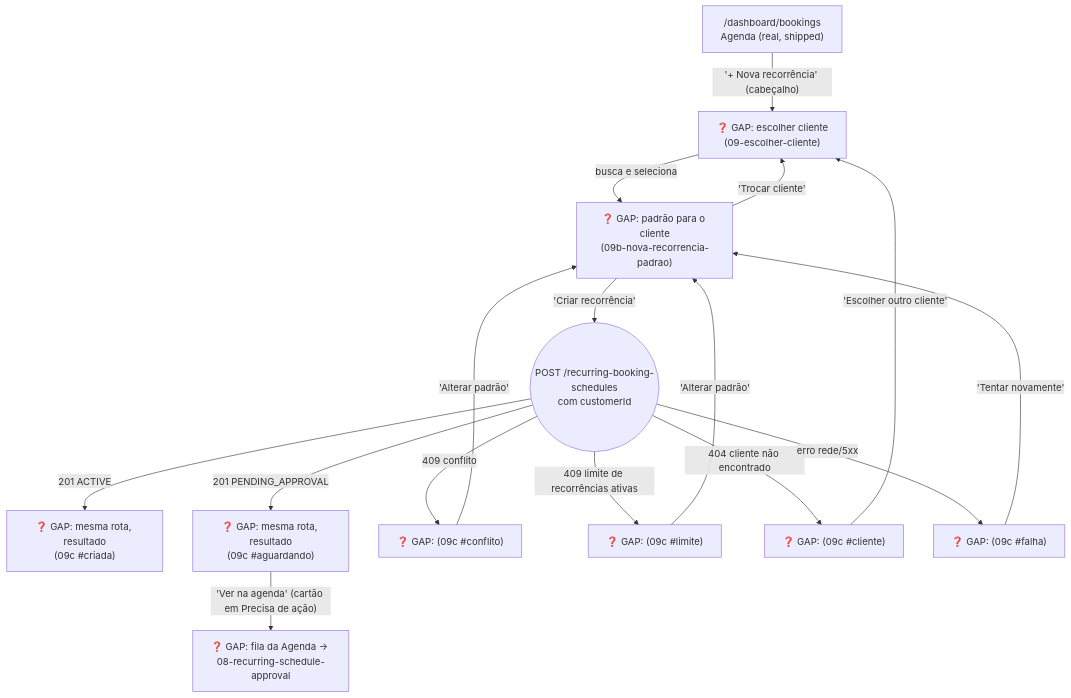
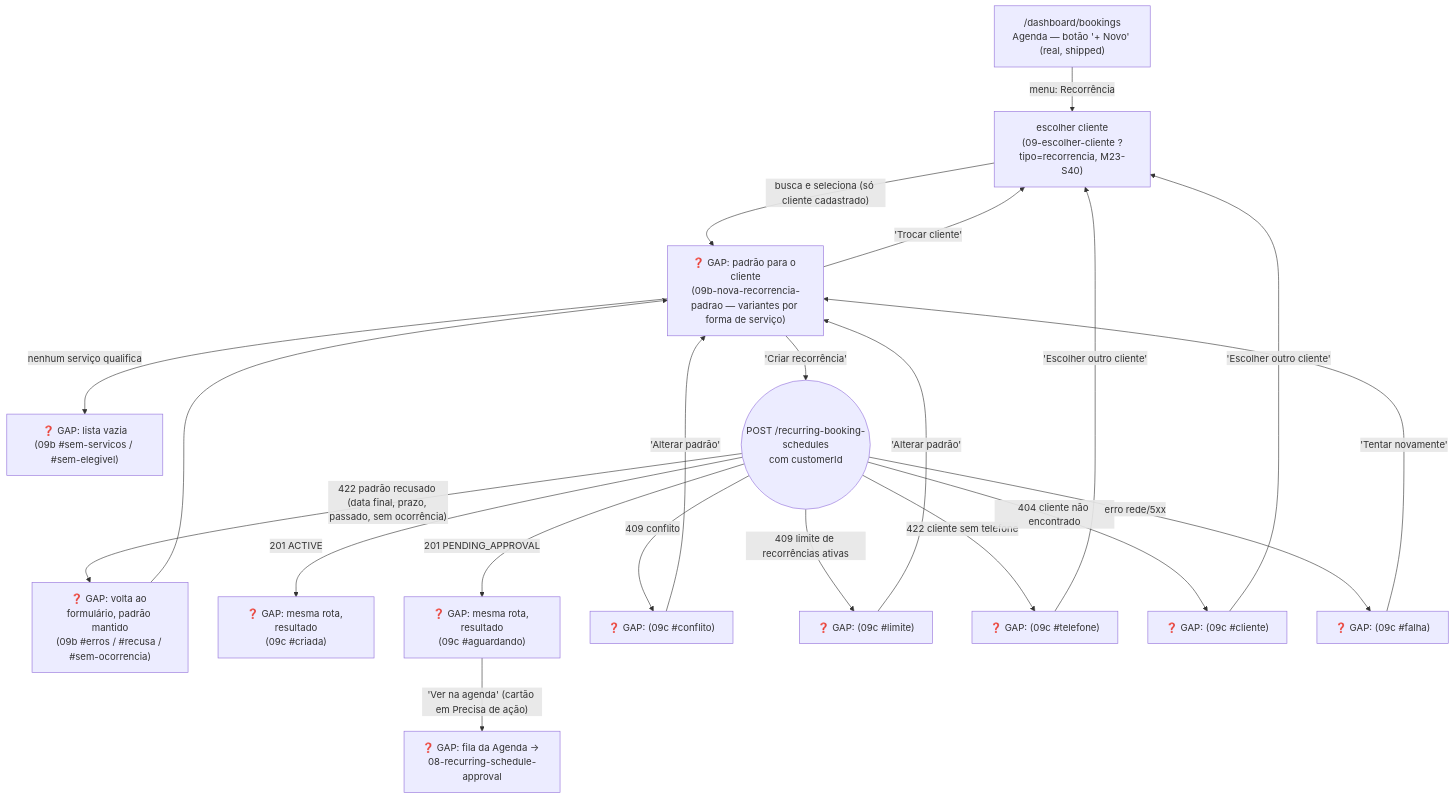
Before and after one commit to lmmoreira/ikaro: the third of 5 diagrams in plan/journey/staff/agenda.md, drawn with Mermaid. The commit also changed other lines of this file and 7 other files, not shown here.

````diff
--- a/plan/journey/staff/agenda.md
+++ b/plan/journey/staff/agenda.md
@@ -180,22 +180,27 @@
 ```mermaid
 flowchart TD
     classDef gap stroke:#f00,stroke-dasharray: 5 5,fill:#fee
 
-    Agenda["/dashboard/bookings<br/>Agenda (real, shipped)"] -->|"'+ Nova recorrência' (cabeçalho)"| Cliente["❓ GAP: escolher cliente<br/>(09-escolher-cliente)"]
-    Cliente -->|"busca e seleciona"| Padrao["❓ GAP: padrão para o cliente<br/>(09b-nova-recorrencia-padrao)"]
+    Agenda["/dashboard/bookings<br/>Agenda — botão '+ Novo' (real, shipped)"] -->|"menu: Recorrência"| Cliente["escolher cliente<br/>(09-escolher-cliente ?tipo=recorrencia, M23-S40)"]
+    Cliente -->|"busca e seleciona (só cliente cadastrado)"| Padrao["❓ GAP: padrão para o cliente<br/>(09b-nova-recorrencia-padrao — variantes por forma de serviço)"]
+    Padrao -->|"nenhum serviço qualifica"| SemServ["❓ GAP: lista vazia<br/>(09b #sem-servicos / #sem-elegivel)"]
+    Padrao -->|"'Criar recorrência'"| Envio(("POST /recurring-booking-schedules<br/>com customerId"))
     Padrao -->|"'Trocar cliente'"| Cliente
-    Padrao -->|"'Criar recorrência'"| Envio(("POST /recurring-booking-schedules<br/>com customerId"))
 
+    Envio -->|"422 padrão recusado (data final, prazo, passado, sem ocorrência)"| Recusa["❓ GAP: volta ao formulário, padrão mantido<br/>(09b #erros / #recusa / #sem-ocorrencia)"]
+    Recusa --> Padrao
     Envio -->|"201 ACTIVE"| Criada["❓ GAP: mesma rota, resultado<br/>(09c #criada)"]
     Envio -->|"201 PENDING_APPROVAL"| Aguardando["❓ GAP: mesma rota, resultado<br/>(09c #aguardando)"]
     Envio -->|"409 conflito"| Conflito["❓ GAP: (09c #conflito)"]
     Envio -->|"409 limite de recorrências ativas"| Limite["❓ GAP: (09c #limite)"]
+    Envio -->|"422 cliente sem telefone"| Telefone["❓ GAP: (09c #telefone)"]
     Envio -->|"404 cliente não encontrado"| ClienteNaoEncontrado["❓ GAP: (09c #cliente)"]
     Envio -->|"erro rede/5xx"| Falha["❓ GAP: (09c #falha)"]
 
     Aguardando -->|"'Ver na agenda' (cartão em Precisa de ação)"| Aprovar["❓ GAP: fila da Agenda → 08-recurring-schedule-approval"]
     Conflito -->|"'Alterar padrão'"| Padrao
     Limite -->|"'Alterar padrão'"| Padrao
+    Telefone -->|"'Escolher outro cliente'"| Cliente
     ClienteNaoEncontrado -->|"'Escolher outro cliente'"| Cliente
     Falha -->|"'Tentar novamente'"| Padrao
 ```
````
